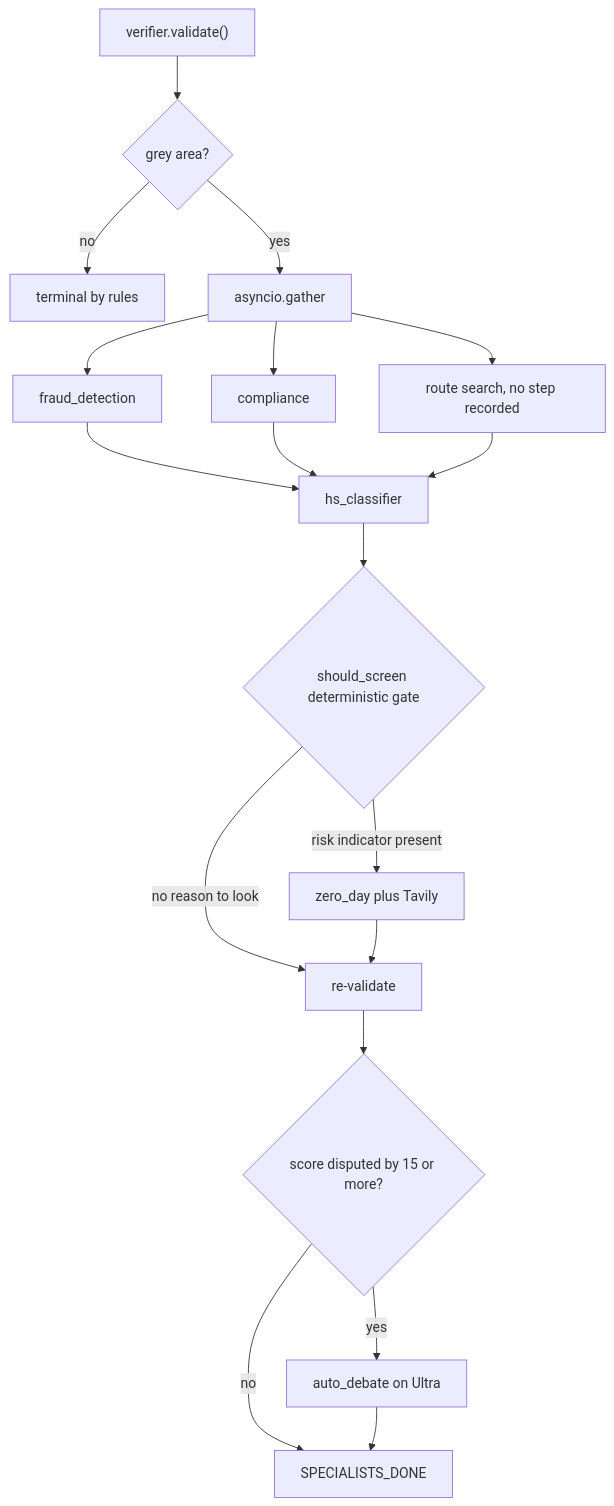
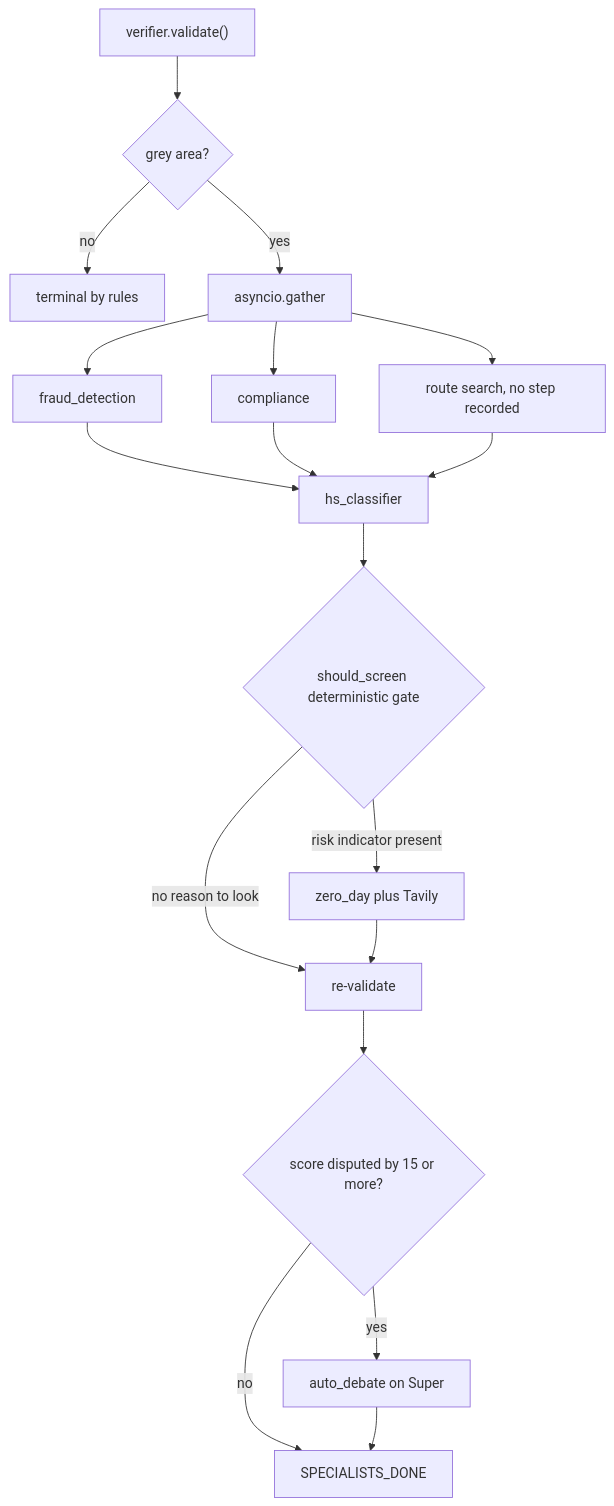
The third of 4 diagrams in docs/ARCHITECTURE.md (hoachauphuoc/vf-logistics-nebius-nvidia), drawn with Mermaid before and after one commit. The commit also changed other lines of this file and 29 other files, not shown here.

First line of the commit message:
The debate runs on Nemotron 3 Super: Ultra was measured against it and did not earn its rate

````diff
--- a/docs/ARCHITECTURE.md
+++ b/docs/ARCHITECTURE.md
@@ -391,20 +391,20 @@
 ```mermaid
 flowchart TD
     V["verifier.validate()"] --> P{"grey area?"}
     P -->|no| T["terminal by rules"]
     P -->|yes| G["asyncio.gather"]
     G --> F["fraud_detection"]
     G --> C["compliance"]
     G --> R["route search, no step recorded"]
     F --> HS["hs_classifier"]
     C --> HS
     R --> HS
     HS --> Z{"should_screen deterministic gate"}
     Z -->|no reason to look| RV["re-validate"]
     Z -->|risk indicator present| ZD["zero_day plus Tavily"]
     ZD --> RV
     RV --> D{"score disputed by 15 or more?"}
-    D -->|yes| AD["auto_debate on Ultra"]
+    D -->|yes| AD["auto_debate on Super"]
     D -->|no| SD["SPECIALISTS_DONE"]
     AD --> SD
 ```
````
